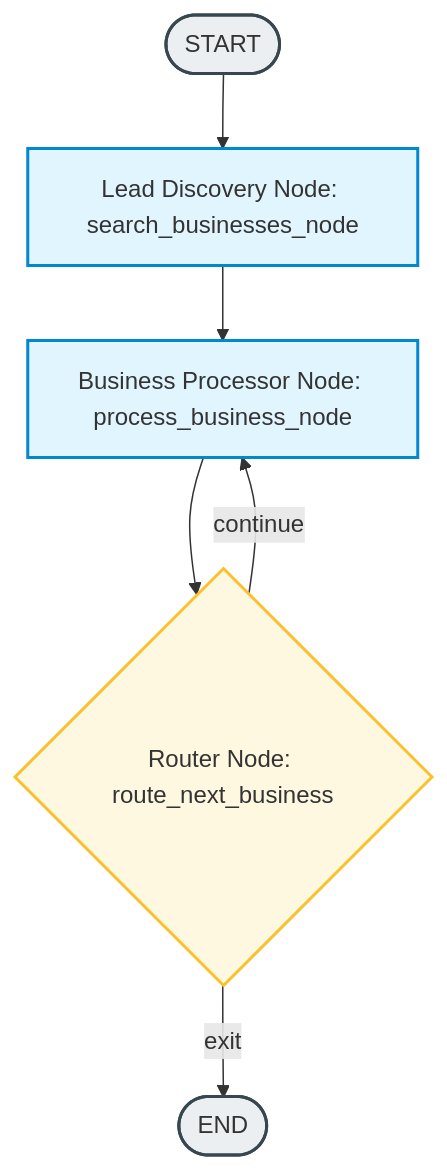
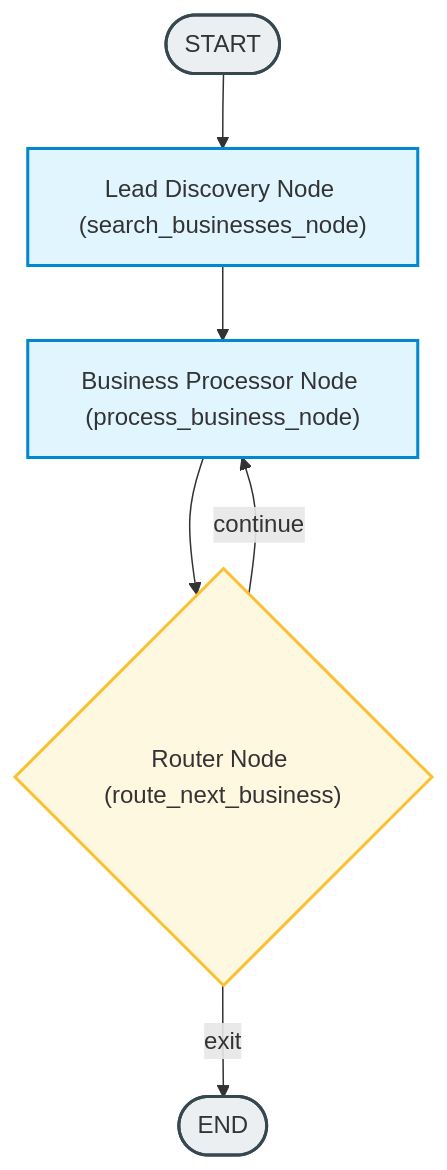
The diagram in README.md (ocrespob/fl-it-oportunities-ADK), drawn with Mermaid before and after one commit.

Commit message:
fix(docs): resolve mermaid rendering error on github

````diff
--- a/README.md
+++ b/README.md
@@ -44,18 +44,18 @@
 ```mermaid
 graph TD
     %% Styles
-    classDef startEnd fill:#ECEFF1,stroke:#37474F,stroke-width:2px;
-    classDef nodeStyle fill:#E1F5FE,stroke:#0288D1,stroke-width:2px;
-    classDef routeStyle fill:#FFF8E1,stroke:#FBC02D,stroke-width:2px;
+    classDef startEnd fill:#ECEFF1,stroke:#37474F,stroke-width:2px
+    classDef nodeStyle fill:#E1F5FE,stroke:#0288D1,stroke-width:2px
+    classDef routeStyle fill:#FFF8E1,stroke:#FBC02D,stroke-width:2px
 
-    START([START]) --> Search[Lead Discovery Node: search_businesses_node]
-    Search --> Process[Business Processor Node: process_business_node]
-    Process --> Route{Router Node: route_next_business}
+    START([START]) --> Search["Lead Discovery Node (search_businesses_node)"]
+    Search --> Process["Business Processor Node (process_business_node)"]
+    Process --> Route{"Router Node (route_next_business)"}
     
     Route -- "continue" --> Process
     Route -- "exit" --> END([END])
 
-    class START,END startEnd;
-    class Search,Process nodeStyle;
-    class Route routeStyle;
+    class START,END startEnd
+    class Search,Process nodeStyle
+    class Route routeStyle
 ```
````
